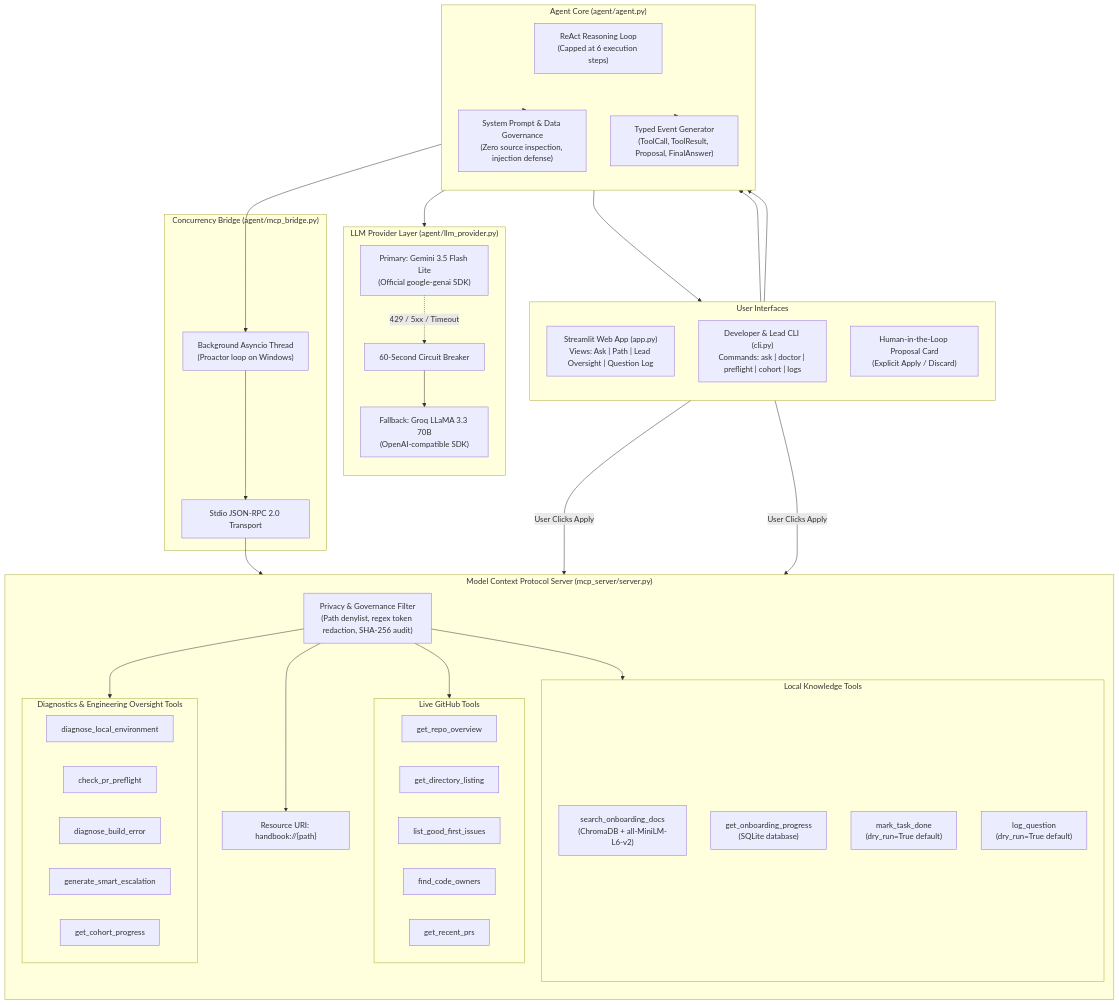
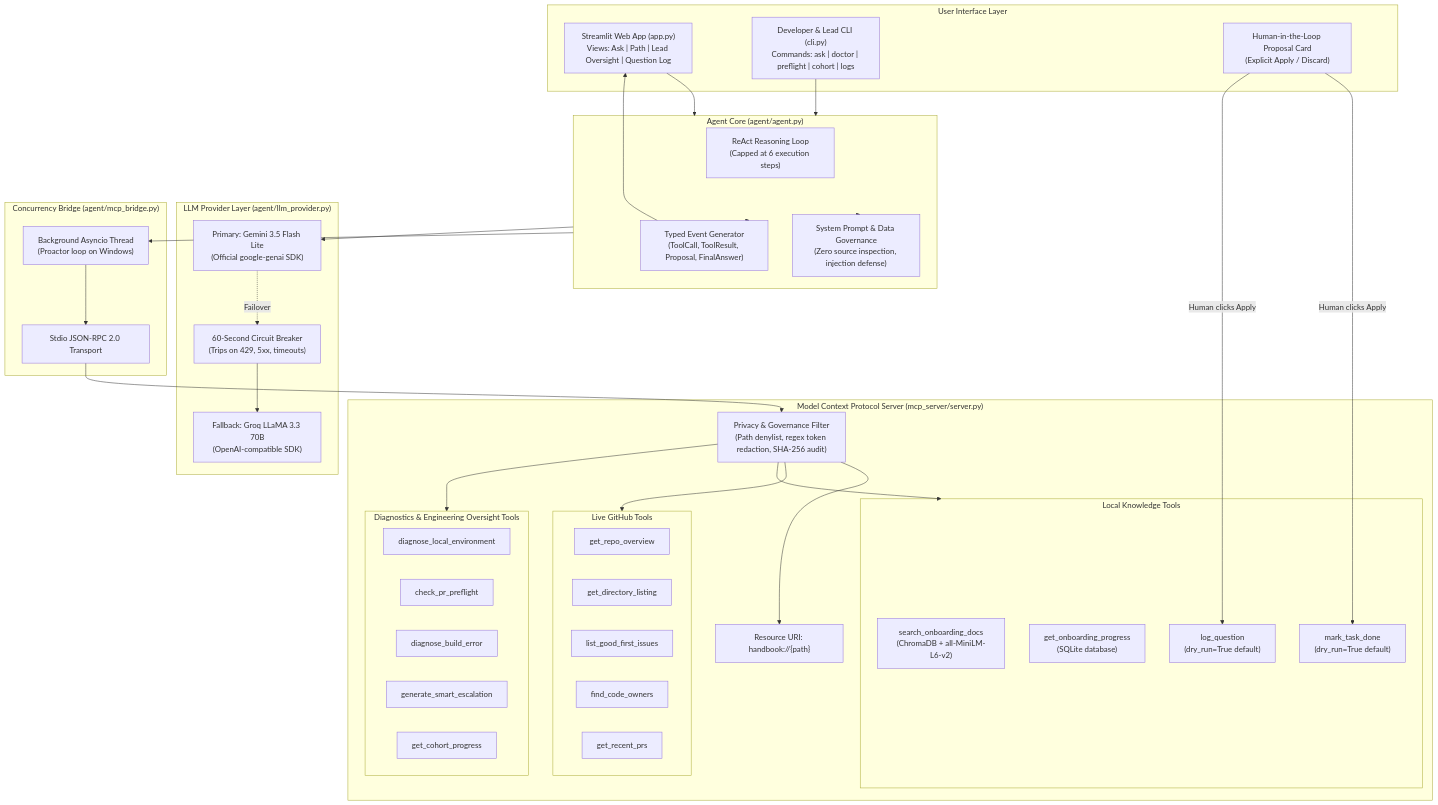
The first of 2 diagrams in README.md (PS-Divya-Rajput/onboarding-assistant_L2_project), drawn with Mermaid before and after one commit. The commit also changed other lines of this file, not shown here.

````diff
--- a/README.md
+++ b/README.md
@@ -403,76 +56,72 @@
 ```mermaid
 flowchart TD
-    subgraph UI ["User Interfaces"]
-        direction TB
+    subgraph UI ["User Interface Layer"]
         StreamlitApp["Streamlit Web App (app.py)\nViews: Ask | Path | Lead Oversight | Question Log"]
         DevCLI["Developer & Lead CLI (cli.py)\nCommands: ask | doctor | preflight | cohort | logs"]
         ProposalCard["Human-in-the-Loop Proposal Card\n(Explicit Apply / Discard)"]
     end
 
-    subgraph Core ["Agent Core (agent/agent.py)"]
-        direction TB
+    subgraph AgentCore ["Agent Core (agent/agent.py)"]
         ReActLoop["ReAct Reasoning Loop\n(Capped at 6 execution steps)"]
         EventBus["Typed Event Generator\n(ToolCall, ToolResult, Proposal, FinalAnswer)"]
         Guardrails["System Prompt & Data Governance\n(Zero source inspection, injection defense)"]
     end
 
     subgraph LLMLayer ["LLM Provider Layer (agent/llm_provider.py)"]
-        direction TB
         PrimaryLLM["Primary: Gemini 3.5 Flash Lite\n(Official google-genai SDK)"]
-        CircuitBreaker["60-Second Circuit Breaker"]
+        CircuitBreaker["60-Second Circuit Breaker\n(Trips on 429, 5xx, timeouts)"]
         FallbackLLM["Fallback: Groq LLaMA 3.3 70B\n(OpenAI-compatible SDK)"]
     end
 
-    subgraph Bridge ["Concurrency Bridge (agent/mcp_bridge.py)"]
+    subgraph ConcurrencyBridge ["Concurrency Bridge (agent/mcp_bridge.py)"]
         AsyncThread["Background Asyncio Thread\n(Proactor loop on Windows)"]
         StdioRPC["Stdio JSON-RPC 2.0 Transport"]
     end
 
     subgraph MCPServer ["Model Context Protocol Server (mcp_server/server.py)"]
-        direction TB
         PrivacyGuard["Privacy & Governance Filter\n(Path denylist, regex token redaction, SHA-256 audit)"]
         
         subgraph LiveTools ["Live GitHub Tools"]
             T1["get_repo_overview"]
             T2["get_directory_listing"]
             T3["list_good_first_issues"]
             T4["find_code_owners"]
             T5["get_recent_prs"]
         end
 
         subgraph LocalTools ["Local Knowledge Tools"]
             T6["search_onboarding_docs\n(ChromaDB + all-MiniLM-L6-v2)"]
             T7["get_onboarding_progress\n(SQLite database)"]
             T8["mark_task_done\n(dry_run=True default)"]
             T9["log_question\n(dry_run=True default)"]
         end
 
-        subgraph SeniorTools ["Diagnostics & Engineering Oversight Tools"]
+        subgraph DiagnosticsTools ["Diagnostics & Engineering Oversight Tools"]
             T10["diagnose_local_environment"]
             T11["check_pr_preflight"]
             T12["diagnose_build_error"]
             T13["generate_smart_escalation"]
             T14["get_cohort_progress"]
         end
 
         Resources["Resource URI: handbook://{path}"]
     end
 
-    StreamlitApp --> Core
-    DevCLI --> Core
-    Core --> Guardrails
-    Core --> EventBus
+    StreamlitApp --> AgentCore
+    DevCLI --> AgentCore
+    AgentCore --> Guardrails
+    AgentCore --> EventBus
     EventBus --> StreamlitApp
-    ProposalCard -->|"User Clicks Apply"| T8
-    ProposalCard -->|"User Clicks Apply"| T9
-    Core --> PrimaryLLM
-    PrimaryLLM -.->|429 / 5xx / Timeout| CircuitBreaker
+    ProposalCard -->|"Human clicks Apply"| T8
+    ProposalCard -->|"Human clicks Apply"| T9
+    AgentCore --> PrimaryLLM
+    PrimaryLLM -.->|Failover| CircuitBreaker
     CircuitBreaker --> FallbackLLM
-    Core --> AsyncThread
+    AgentCore --> AsyncThread
     AsyncThread --> StdioRPC
     StdioRPC --> PrivacyGuard
     PrivacyGuard --> LiveTools
     PrivacyGuard --> LocalTools
-    PrivacyGuard --> SeniorTools
+    PrivacyGuard --> DiagnosticsTools
     PrivacyGuard --> Resources
 ```
````
